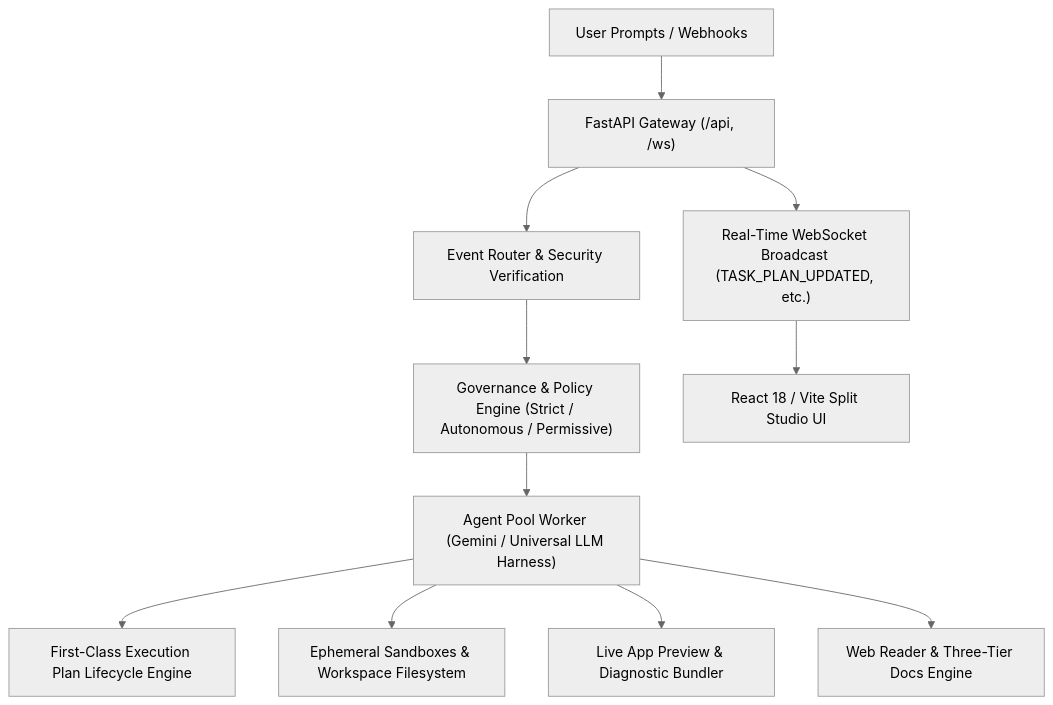
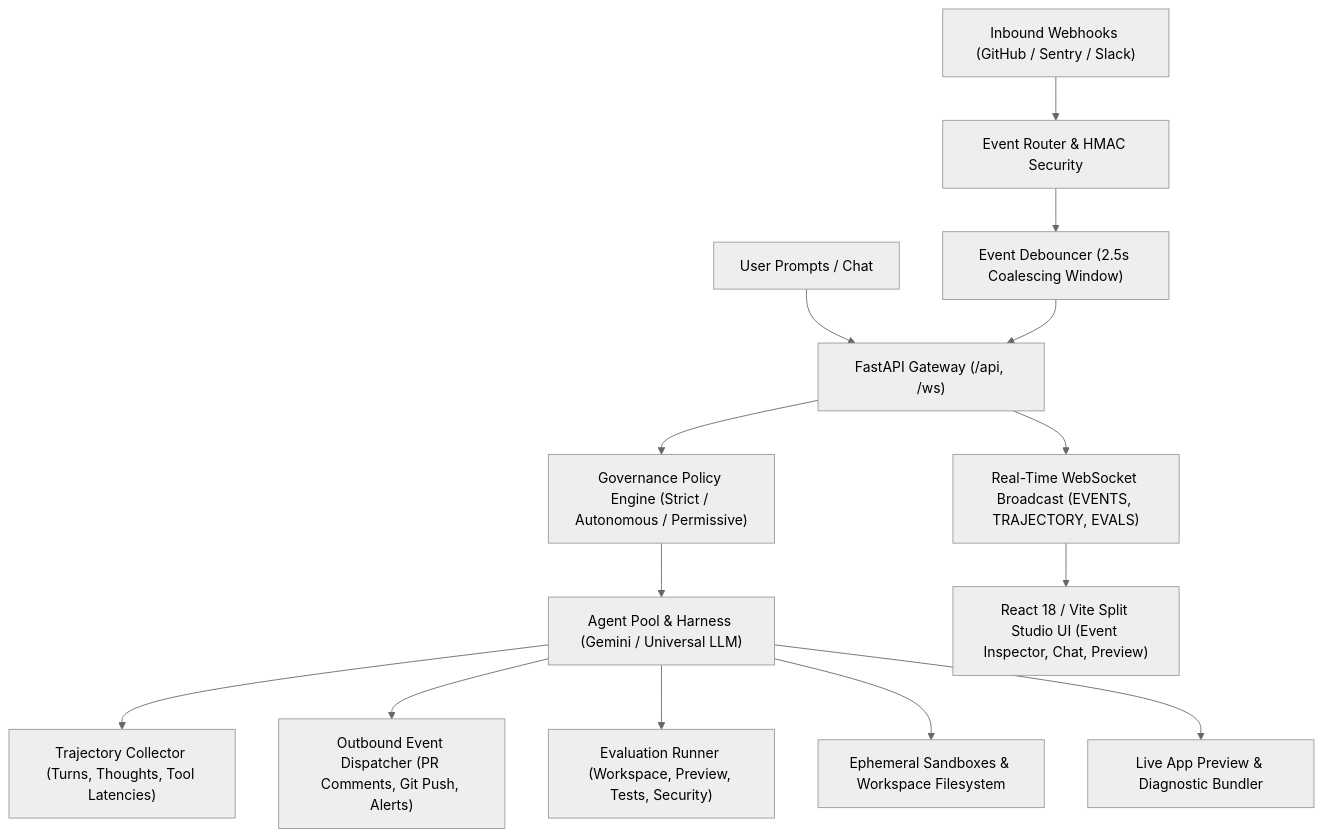
One commit to rubum/cyclode changed the diagram in README.md. Above: the diagram before and after it, drawn with Mermaid (neutral theme). The commit also changed other lines of this file and 64 other files, not shown here.

First line of the commit message:
feat(listeners): implement PR & repository event listeners, overlay sandboxes, and live webhook routing

````diff
--- a/README.md
+++ b/README.md
@@ -93,13 +85,16 @@
 ```mermaid
 graph TD
-    A["User Prompts / Webhooks"] --> B["FastAPI Gateway (/api, /ws)"]
-    B --> C["Event Router & Security Verification"]
-    C --> D["Governance & Policy Engine (Strict / Autonomous / Permissive)"]
-    D --> E["Agent Pool Worker (Gemini / Universal LLM Harness)"]
-    E --> F["First-Class Execution Plan Lifecycle Engine"]
-    E --> G["Ephemeral Sandboxes & Workspace Filesystem"]
-    E --> H["Live App Preview & Diagnostic Bundler"]
-    E --> I["Web Reader & Three-Tier Docs Engine"]
-    B --> J["Real-Time WebSocket Broadcast (TASK_PLAN_UPDATED, etc.)"]
-    J --> K["React 18 / Vite Split Studio UI"]
+    A["User Prompts / Chat"] --> B["FastAPI Gateway (/api, /ws)"]
+    C["Inbound Webhooks (GitHub / Sentry / Slack)"] --> D["Event Router & HMAC Security"]
+    D --> E["Event Debouncer (2.5s Coalescing Window)"]
+    E --> B
+    B --> F["Governance Policy Engine (Strict / Autonomous / Permissive)"]
+    F --> G["Agent Pool & Harness (Gemini / Universal LLM)"]
+    G --> H["Trajectory Collector (Turns, Thoughts, Tool Latencies)"]
+    G --> I["Outbound Event Dispatcher (PR Comments, Git Push, Alerts)"]
+    G --> J["Evaluation Runner (Workspace, Preview, Tests, Security)"]
+    G --> K["Ephemeral Sandboxes & Workspace Filesystem"]
+    G --> L["Live App Preview & Diagnostic Bundler"]
+    B --> M["Real-Time WebSocket Broadcast (EVENTS, TRAJECTORY, EVALS)"]
+    M --> N["React 18 / Vite Split Studio UI (Event Inspector, Chat, Preview)"]
 ```
````
